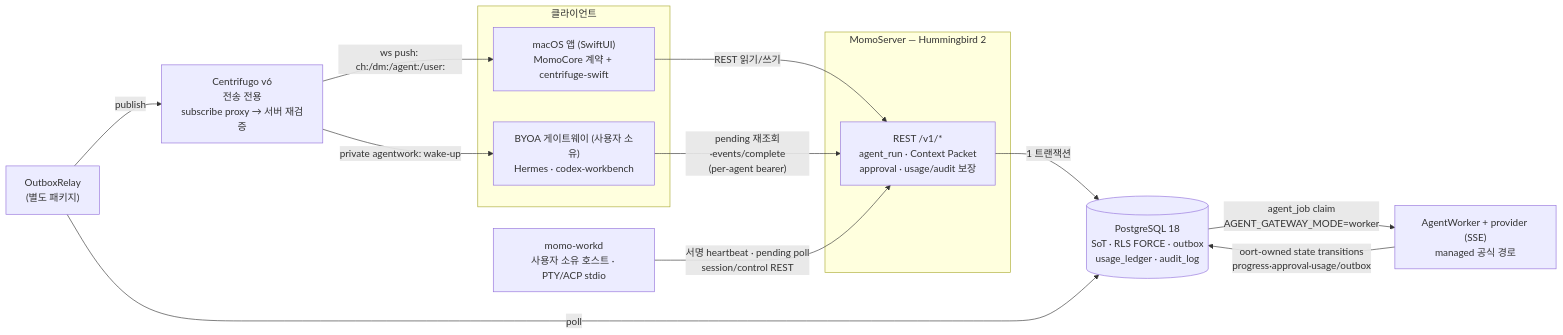
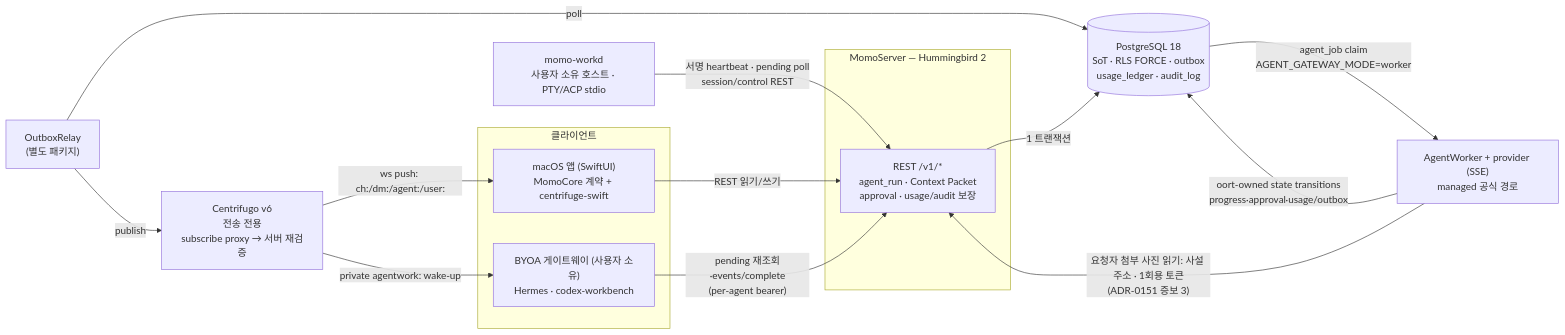
The first of 6 diagrams in docs/architecture/overview.md (yeomyeonggeori/oort), drawn with Mermaid before and after one commit. The commit also changed 2 other files, not shown here.

Commit message:
docs(adr): ADR-0151 증보 3 — 워커의 첨부 읽기는 api의 사설 주소로 (Proposed) (#4934)
방식 비교((a) C2a 자기 주소 재사용 채택 · (b) Drive 백엔드 · (c) 서비스 비밀 내부 경로 · (d) 한 볼륨 두 서비스),
소유 재판정 세 번의 같은 술어, 발급이 첨부 id를 받는 단 하나의 확장과 그 한계, 60초 수명, 한 배포 한 길(폴백
없음), 읽는 법, 기본 배선, 남는 위험(워커의 새 능력·평문 사설망·공유 거절 예산과 XFF·소비 뒤 오류·IPv6)과
runtime-unverified. Proposed — planner의 독립 보안 검수 뒤 Accepted. ADR-0218 G4와 architecture 그림에 연결.

````diff
--- a/docs/architecture/overview.md
+++ b/docs/architecture/overview.md
@@ -23,26 +23,27 @@
 ```mermaid
 flowchart LR
     subgraph clients [클라이언트]
         MAC["macOS 앱 (SwiftUI)<br/>MomoCore 계약 + centrifuge-swift"]
         HG["BYOA 게이트웨이 (사용자 소유)<br/>Hermes · codex-workbench"]
     end
     subgraph server [MomoServer — Hummingbird 2]
         API["REST /v1/*<br/>agent_run · Context Packet<br/>approval · usage/audit 보장"]
     end
     PG[("PostgreSQL 18<br/>SoT · RLS FORCE · outbox<br/>usage_ledger · audit_log")]
     RELAY["OutboxRelay<br/>(별도 패키지)"]
     CENT["Centrifugo v6<br/>전송 전용<br/>subscribe proxy → 서버 재검증"]
     AW["AgentWorker + provider (SSE)<br/>managed 공식 경로"]
     WD["momo-workd<br/>사용자 소유 호스트 · PTY/ACP stdio"]
 
     MAC -->|REST 읽기/쓰기| API
     HG -->|"pending 재조회·events/complete<br/>(per-agent bearer)"| API
     API -->|1 트랜잭션| PG
     RELAY -->|poll| PG
     RELAY -->|publish| CENT
     CENT -->|"ws push: ch:/dm:/agent:/user:"| MAC
     CENT -->|"private agentwork: wake-up"| HG
     PG -->|"agent_job claim<br/>AGENT_GATEWAY_MODE=worker"| AW
     AW -->|"oort-owned state transitions<br/>progress·approval·usage/outbox"| PG
+    AW -->|"요청자 첨부 사진 읽기: 사설 주소 · 1회용 토큰<br/>(ADR-0151 증보 3)"| API
     WD -->|"서명 heartbeat · pending poll<br/>session/control REST"| API
 ```
````
